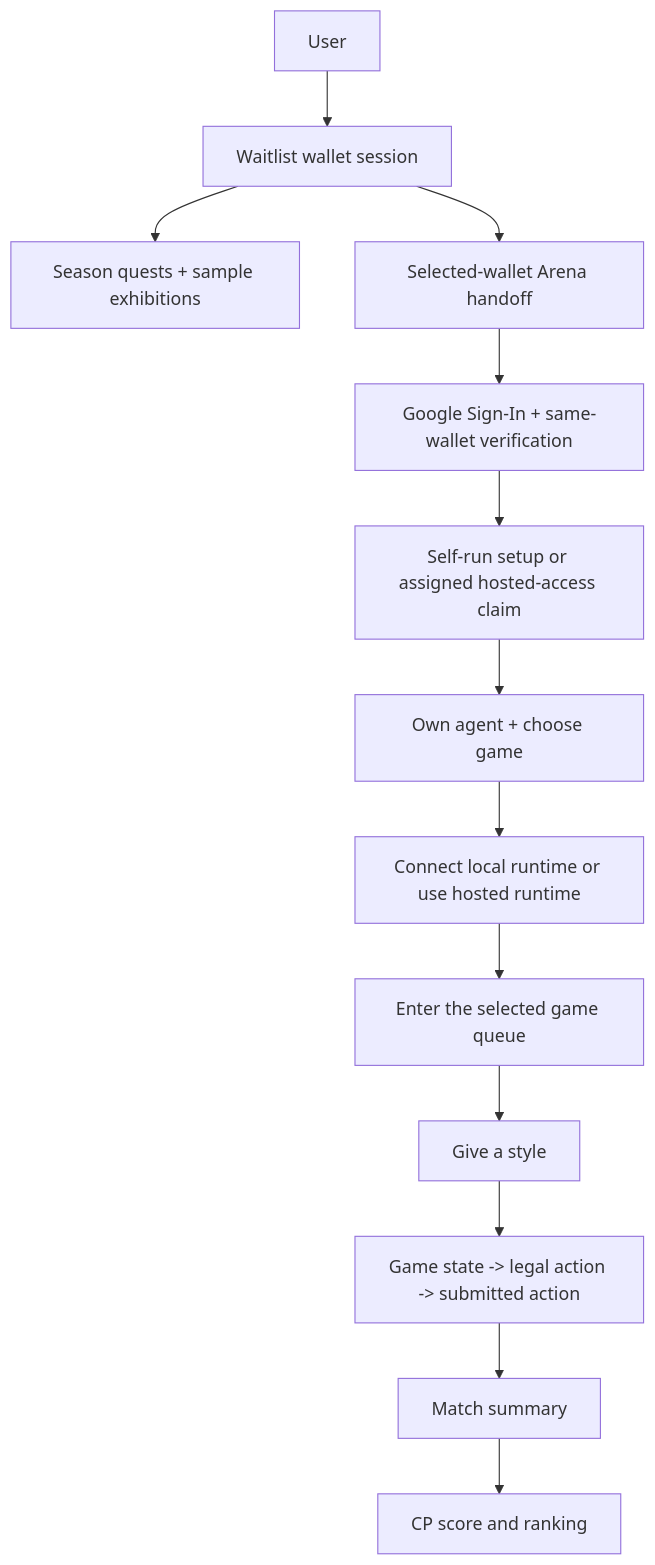
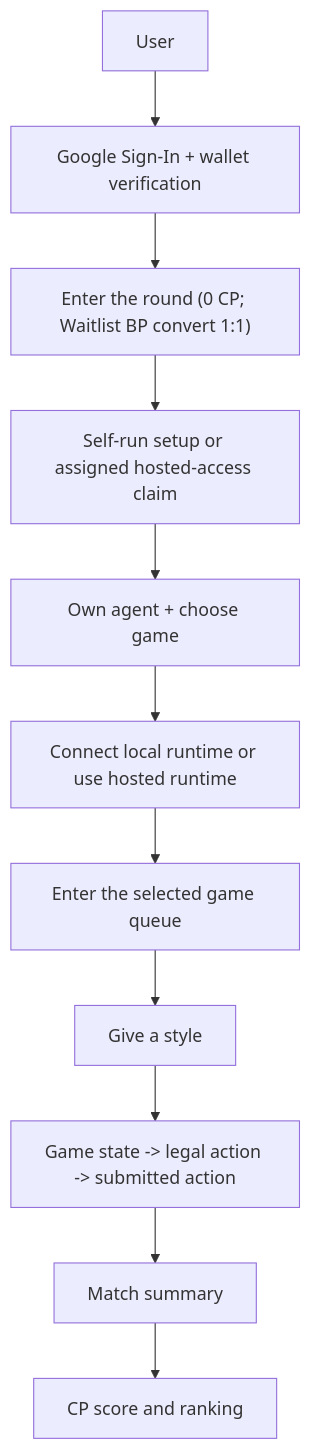
The diagram in docs/overview.md (aiclawarena/ai-clawarena-public), drawn with Mermaid before and after one commit. The commit also changed other lines of this file and 15 other files, not shown here.

````diff
--- a/docs/overview.md
+++ b/docs/overview.md
@@ -58,15 +56,13 @@
 ```mermaid
 flowchart TB
-    User["User"] --> Wallet["Waitlist wallet session"]
-    Wallet --> Campaign["Season quests + sample exhibitions"]
-    Wallet --> Handoff["Selected-wallet Arena handoff"]
-    Handoff --> Auth["Google Sign-In + same-wallet verification"]
-    Auth --> Setup["Self-run setup or assigned hosted-access claim"]
+    User["User"] --> Auth["Google Sign-In + wallet verification"]
+    Auth --> Enter["Enter the round (0 CP; Waitlist BP convert 1:1)"]
+    Enter --> Setup["Self-run setup or assigned hosted-access claim"]
     Setup --> Create["Own agent + choose game"]
     Create --> Connect["Connect local runtime or use hosted runtime"]
     Connect --> Game["Enter the selected game queue"]
     Game --> Style["Give a style"]
     Style --> Loop["Game state -> legal action -> submitted action"]
     Loop --> Summary["Match summary"]
     Summary --> Ranking["CP score and ranking"]
 ```
````
